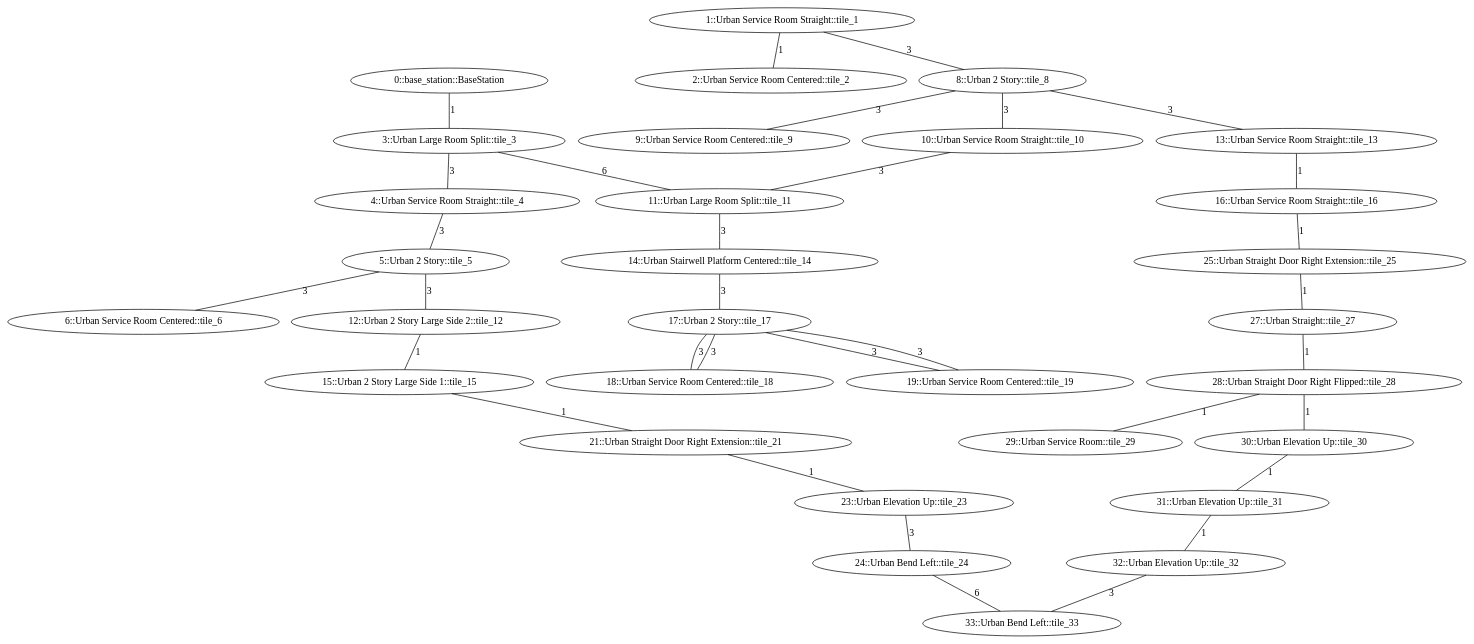
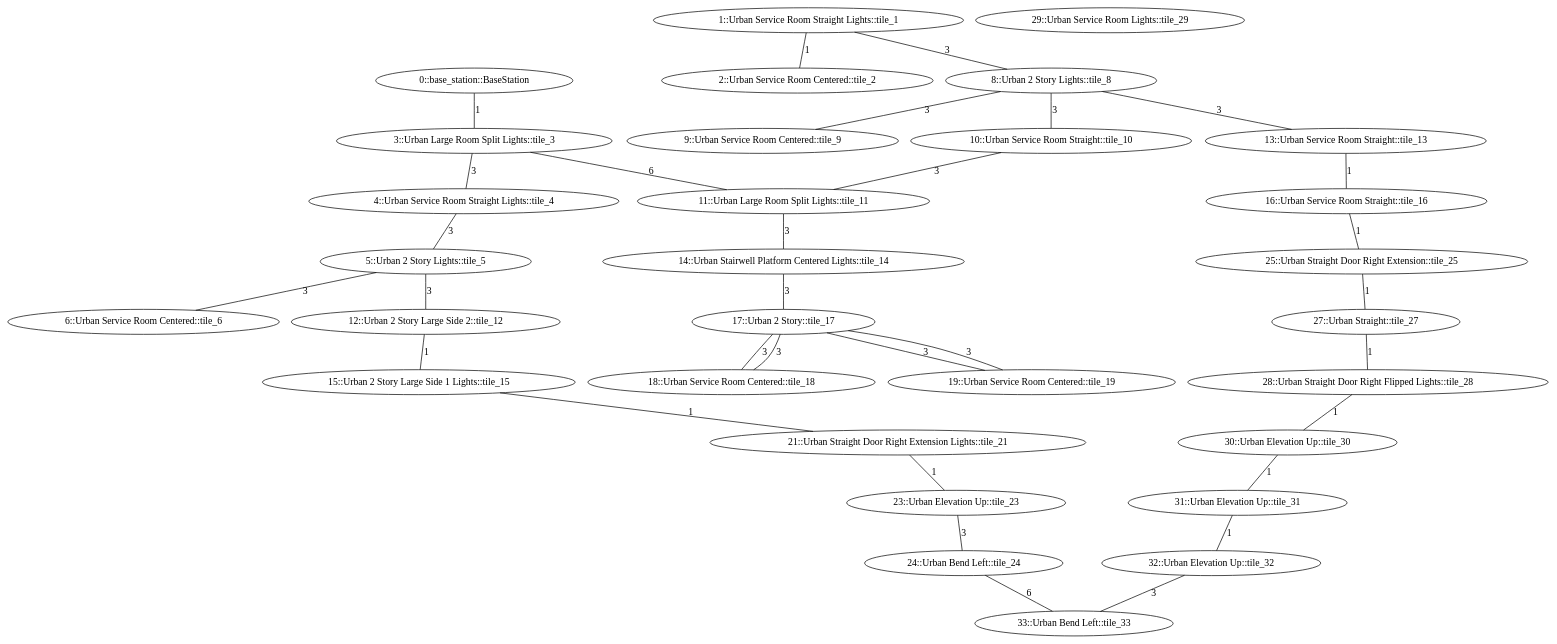
The diagram in subt_ign/worlds/urban_circuit_practice_01.dot (osrf/subt), drawn with Graphviz before and after one commit. The commit also changed 2 other files, not shown here.

Commit message:
add tiles with lights and gas artifact

```diff
--- a/subt_ign/worlds/urban_circuit_practice_01.dot
+++ b/subt_ign/worlds/urban_circuit_practice_01.dot
@@ -1,76 +1,75 @@
 /* Visibility graph for urban_circuit_practice_01.tsv */
 /* Generated with the tile_tsv.py script: */
 /*   tile_tsv.py urban_circuit_practice_01.tsv -\-graph-file urban_circuit_practice_01.dot -\-world-file urban_circuit_practice_01.sdf -\-world-name urban_circuit_practice_01 -\-scale_x 40 -\-scale_y 40 -\-urban -\-y0 24 -\-x0 -96 -\-z0 1 */
 
 graph {
   /* ==== Vertices ==== */
 
   /* Base station / Staging area */
   0   [label="0::base_station::BaseStation"];
 
-  1   [label="1::Urban Service Room Straight::tile_1"];
+  1   [label="1::Urban Service Room Straight Lights::tile_1"];
   2   [label="2::Urban Service Room Centered::tile_2"];
-  3   [label="3::Urban Large Room Split::tile_3"];
-  4   [label="4::Urban Service Room Straight::tile_4"];
-  5   [label="5::Urban 2 Story::tile_5"];
+  3   [label="3::Urban Large Room Split Lights::tile_3"];
+  4   [label="4::Urban Service Room Straight Lights::tile_4"];
+  5   [label="5::Urban 2 Story Lights::tile_5"];
   6   [label="6::Urban Service Room Centered::tile_6"];
-  8   [label="8::Urban 2 Story::tile_8"];
+  8   [label="8::Urban 2 Story Lights::tile_8"];
   9   [label="9::Urban Service Room Centered::tile_9"];
   10  [label="10::Urban Service Room Straight::tile_10"];
-  11  [label="11::Urban Large Room Split::tile_11"];
+  11  [label="11::Urban Large Room Split Lights::tile_11"];
   12  [label="12::Urban 2 Story Large Side 2::tile_12"];
   13  [label="13::Urban Service Room Straight::tile_13"];
-  14  [label="14::Urban Stairwell Platform Centered::tile_14"];
-  15  [label="15::Urban 2 Story Large Side 1::tile_15"];
+  14  [label="14::Urban Stairwell Platform Centered Lights::tile_14"];
+  15  [label="15::Urban 2 Story Large Side 1 Lights::tile_15"];
   16  [label="16::Urban Service Room Straight::tile_16"];
   17  [label="17::Urban 2 Story::tile_17"];
   18  [label="18::Urban Service Room Centered::tile_18"];
   19  [label="19::Urban Service Room Centered::tile_19"];
-  21  [label="21::Urban Straight Door Right Extension::tile_21"];
+  21  [label="21::Urban Straight Door Right Extension Lights::tile_21"];
   23  [label="23::Urban Elevation Up::tile_23"];
   24  [label="24::Urban Bend Left::tile_24"];
   25  [label="25::Urban Straight Door Right Extension::tile_25"];
   27  [label="27::Urban Straight::tile_27"];
-  28  [label="28::Urban Straight Door Right Flipped::tile_28"];
-  29  [label="29::Urban Service Room::tile_29"];
+  28  [label="28::Urban Straight Door Right Flipped Lights::tile_28"];
+  29  [label="29::Urban Service Room Lights::tile_29"];
   30  [label="30::Urban Elevation Up::tile_30"];
   31  [label="31::Urban Elevation Up::tile_31"];
   32  [label="32::Urban Elevation Up::tile_32"];
   33  [label="33::Urban Bend Left::tile_33"];
 
   /* ==== Edges ==== */
 
   /* Base station */
   0  -- 3   [label=1];
   1  -- 8   [label=3];  /* Intersection */
   3  -- 4   [label=3];  /* Intersection */
   3  -- 11  [label=6];  /* Intersection */
   4  -- 5   [label=3];  /* Intersection */
   5  -- 12  [label=3];  /* Intersection */
   8  -- 10  [label=3];  /* Intersection */
   8  -- 13  [label=3];  /* Intersection */
   10 -- 11  [label=3];  /* Intersection */
   11 -- 14  [label=3];  /* Intersection */
   12 -- 15  [label=1];
   13 -- 16  [label=1];
   14 -- 17  [label=3];  /* Intersection */
   15 -- 21  [label=1];
   16 -- 25  [label=1];
   21 -- 23  [label=1];
   23 -- 24  [label=3];
   24 -- 33  [label=6];
   25 -- 27  [label=1];
   27 -- 28  [label=1];
   28 -- 30  [label=1];
   30 -- 31  [label=1];
   31 -- 32  [label=1];
   32 -- 33  [label=3];
   1  -- 2   [label=1];
   5  -- 6   [label=3];  /* Intersection */
   8  -- 9   [label=3];  /* Intersection */
   17 -- 18  [label=3];  /* Intersection */
   17 -- 19  [label=3];  /* Intersection */
   17 -- 18  [label=3];  /* Intersection */
   17 -- 19  [label=3];  /* Intersection */
-  28 -- 29  [label=1];
 }
```
